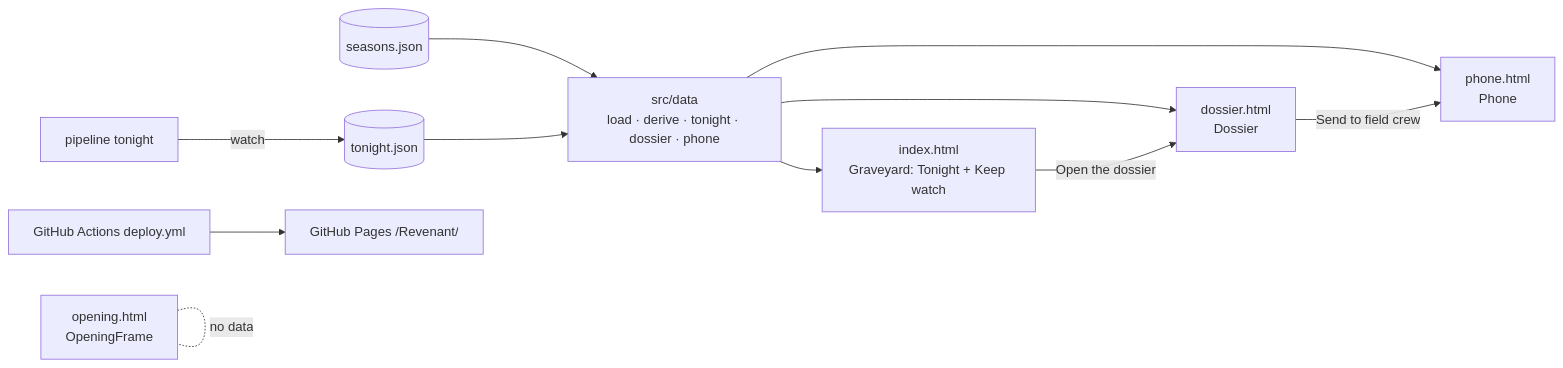
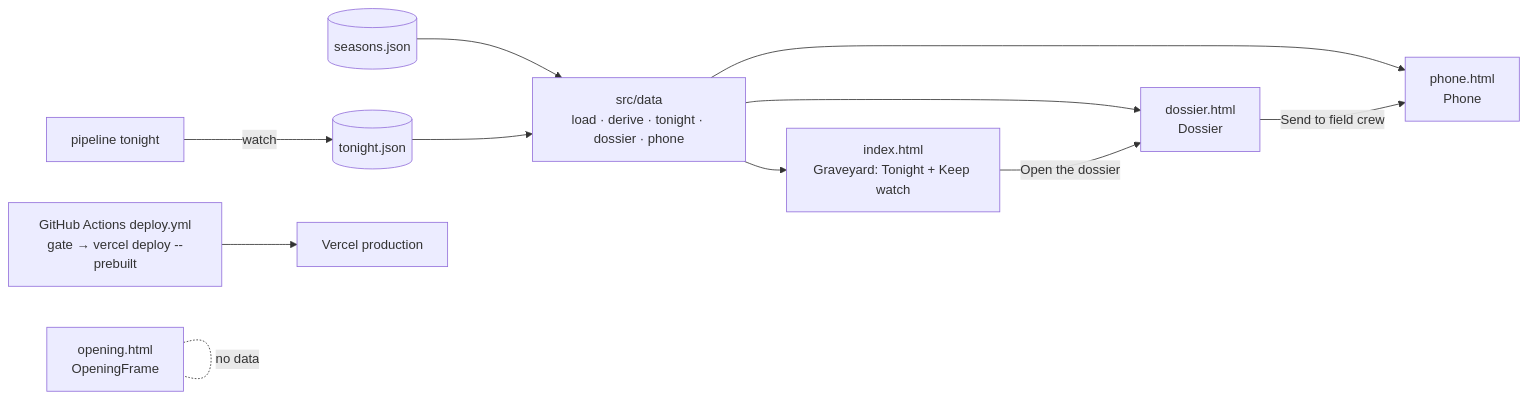
One commit to Reuben-Alex/Revenant changed the diagram in .kiro/specs/tonight-live/design.md. Above: the diagram before and after it, drawn with Mermaid. The commit also changed other lines of this file and 2 other files, not shown here.

Commit message:
Spec 07: user decisions - GitHub Actions deploying to Vercel after the gate; Keep watch compares with the ranking's still-warm top three

````diff
--- a/.kiro/specs/tonight-live/design.md
+++ b/.kiro/specs/tonight-live/design.md
@@ -46,13 +36,13 @@
 ```mermaid
 flowchart LR
   P[pipeline tonight] -->|watch| T[(tonight.json)]
   S[(seasons.json)] --> D
   T --> D[src/data<br/>load · derive · tonight · dossier · phone]
   D --> G[index.html<br/>Graveyard: Tonight + Keep watch]
   D --> DO[dossier.html<br/>Dossier]
   D --> PH[phone.html<br/>Phone]
   O[opening.html<br/>OpeningFrame] -.no data.- O
   G -->|Open the dossier| DO
   DO -->|Send to field crew| PH
-  GH[GitHub Actions deploy.yml] --> PG[GitHub Pages /Revenant/]
+  GH[GitHub Actions deploy.yml<br/>gate → vercel deploy --prebuilt] --> PG[Vercel production]
 ```
````
